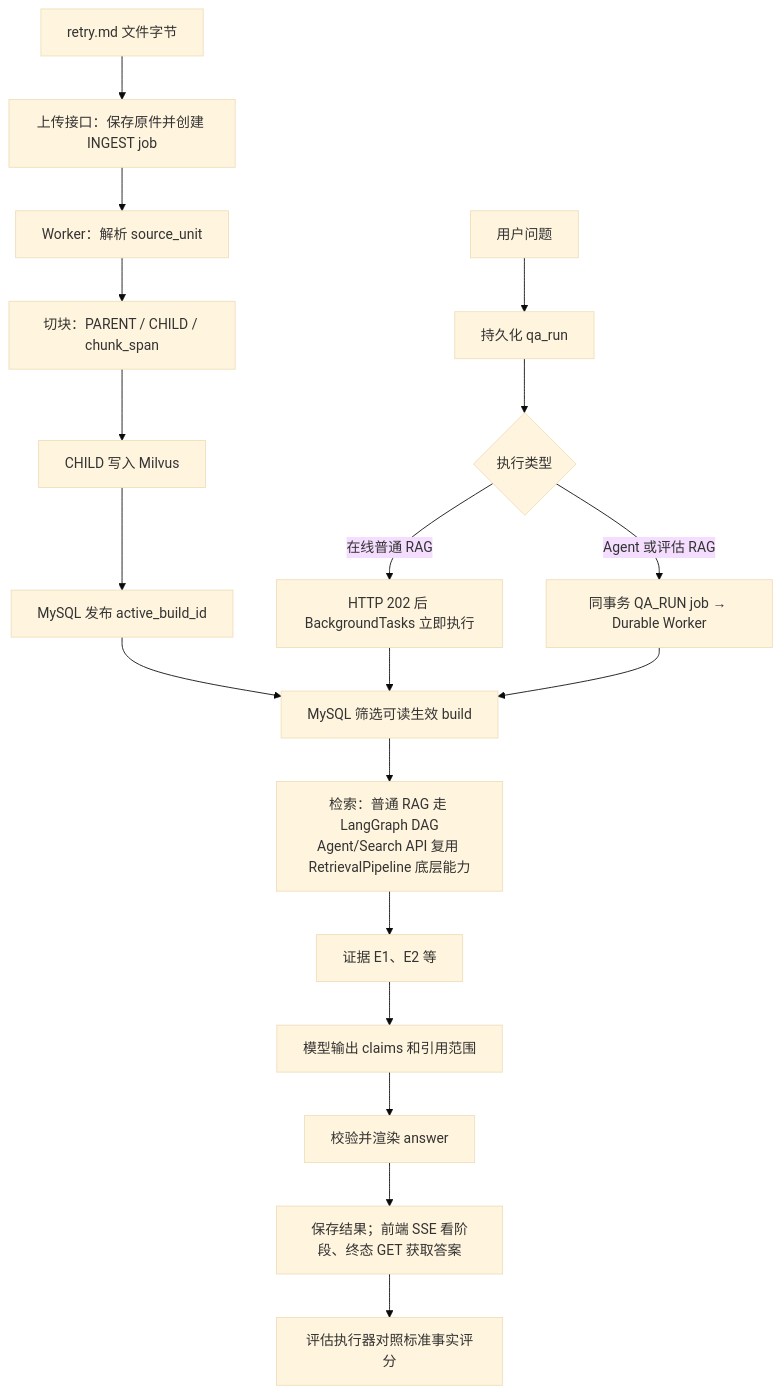
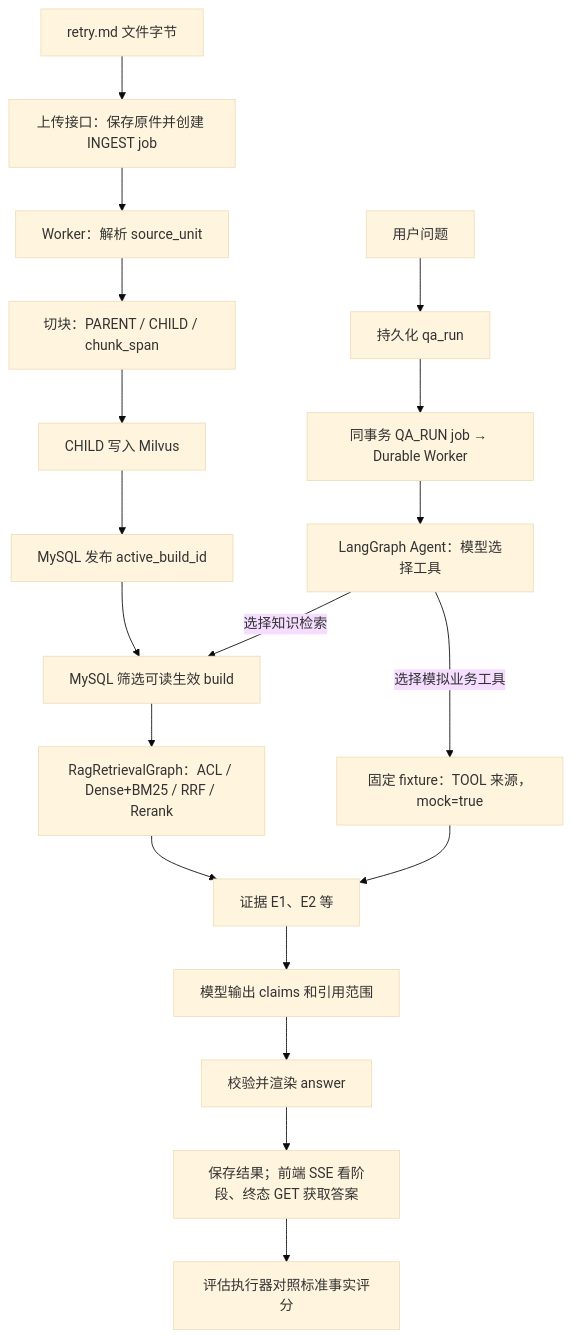
The diagram in docs/source-walkthrough.md (songsinfo/RAG), drawn with Mermaid (base theme) before and after one commit. The commit also changed other lines of this file and 37 other files, not shown here.

First line of the commit message:
实现统一业务 Agent、RAG 检索工具与模拟诊断工具 (#14)

````diff
--- a/docs/source-walkthrough.md
+++ b/docs/source-walkthrough.md
@@ -46,21 +46,21 @@
 ```mermaid
 flowchart TD
     A[retry.md 文件字节] --> B[上传接口：保存原件并创建 INGEST job]
     B --> C[Worker：解析 source_unit]
     C --> D[切块：PARENT / CHILD / chunk_span]
     D --> E[CHILD 写入 Milvus]
     E --> F[MySQL 发布 active_build_id]
     Q[用户问题] --> R[持久化 qa_run]
-    R --> ROUTE{执行类型}
-    ROUTE -->|在线普通 RAG| DIRECT[HTTP 202 后 BackgroundTasks 立即执行]
-    ROUTE -->|Agent 或评估 RAG| DURABLE[同事务 QA_RUN job → Durable Worker]
+    R --> DURABLE[同事务 QA_RUN job → Durable Worker]
     F --> T[MySQL 筛选可读生效 build]
-    DIRECT --> T
-    DURABLE --> T
-    T --> U[检索：普通 RAG 走 LangGraph DAG<br/>Agent/Search API 复用 RetrievalPipeline 底层能力]
+    DURABLE --> AGENT[LangGraph Agent：模型选择工具]
+    AGENT -->|选择知识检索| T
+    T --> U[RagRetrievalGraph：ACL / Dense+BM25 / RRF / Rerank]
+    AGENT -->|选择模拟业务工具| MOCK[固定 fixture：TOOL 来源，mock=true]
+    MOCK --> V[证据 E1、E2 等]
     U --> V[证据 E1、E2 等]
     V --> W[模型输出 claims 和引用范围]
     W --> X[校验并渲染 answer]
     X --> Y[保存结果；前端 SSE 看阶段、终态 GET 获取答案]
     Y --> Z[评估执行器对照标准事实评分]
 ```
````
